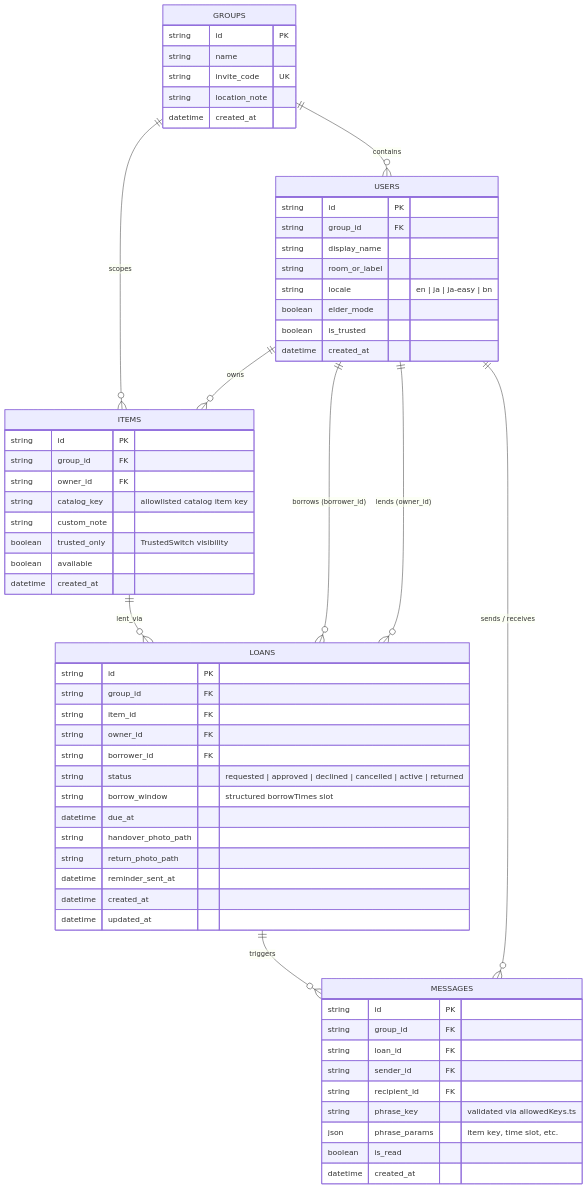
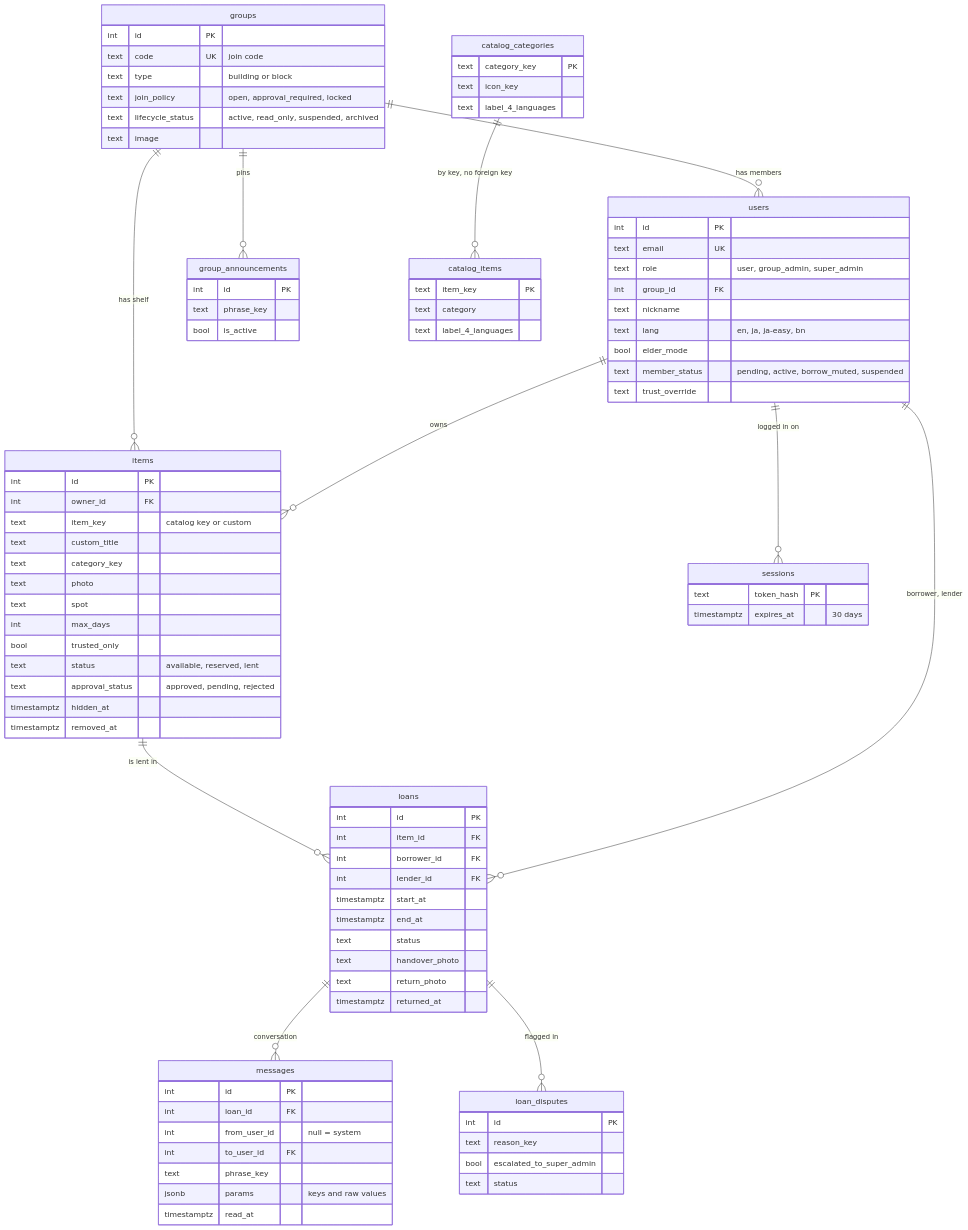
One commit to MdLabib355/otonari changed the fifth of 22 diagrams in System_Design.md. Above: the diagram before and after it, drawn with Mermaid. The commit also changed other lines of this file, not shown here.

````diff
--- a/System_Design.md
+++ b/System_Design.md
@@ -117,69 +116,93 @@
 ```mermaid
 erDiagram
-    GROUPS ||--o{ USERS : "contains"
-    GROUPS ||--o{ ITEMS : "scopes"
-    USERS ||--o{ ITEMS : "owns"
-    ITEMS ||--o{ LOANS : "lent_via"
-    USERS ||--o{ LOANS : "borrows (borrower_id)"
-    USERS ||--o{ LOANS : "lends (owner_id)"
-    LOANS ||--o{ MESSAGES : "triggers"
-    USERS ||--o{ MESSAGES : "sends / receives"
-
-    GROUPS {
-        string id PK
-        string name
-        string invite_code UK
-        string location_note
-        datetime created_at
-    }
-
-    USERS {
-        string id PK
-        string group_id FK
-        string display_name
-        string room_or_label
-        string locale "en | ja | ja-easy | bn"
-        boolean elder_mode
-        boolean is_trusted
-        datetime created_at
-    }
-
-    ITEMS {
-        string id PK
-        string group_id FK
-        string owner_id FK
-        string catalog_key "allowlisted catalog item key"
-        string custom_note
-        boolean trusted_only "TrustedSwitch visibility"
-        boolean available
-        datetime created_at
-    }
-
-    LOANS {
-        string id PK
-        string group_id FK
-        string item_id FK
-        string owner_id FK
-        string borrower_id FK
-        string status "requested | approved | declined | cancelled | active | returned"
-        string borrow_window "structured borrowTimes slot"
-        datetime due_at
-        string handover_photo_path
-        string return_photo_path
-        datetime reminder_sent_at
-        datetime created_at
-        datetime updated_at
-    }
-
-    MESSAGES {
-        string id PK
-        string group_id FK
-        string loan_id FK
-        string sender_id FK
-        string recipient_id FK
-        string phrase_key "validated via allowedKeys.ts"
-        json phrase_params "item key, time slot, etc."
-        boolean is_read
-        datetime created_at
-    }
+  groups ||--o{ users : "has members"
+  groups ||--o{ items : "has shelf"
+  groups ||--o{ group_announcements : "pins"
+  users ||--o{ items : "owns"
+  users ||--o{ sessions : "logged in on"
+  items ||--o{ loans : "is lent in"
+  users ||--o{ loans : "borrower, lender"
+  loans ||--o{ messages : "conversation"
+  loans ||--o{ loan_disputes : "flagged in"
+  catalog_categories ||--o{ catalog_items : "by key, no foreign key"
+  groups {
+    int id PK
+    text code UK "join code"
+    text type "building or block"
+    text join_policy "open, approval_required, locked"
+    text lifecycle_status "active, read_only, suspended, archived"
+    text image
+  }
+  users {
+    int id PK
+    text email UK
+    text role "user, group_admin, super_admin"
+    int group_id FK
+    text nickname
+    text lang "en, ja, ja-easy, bn"
+    bool elder_mode
+    text member_status "pending, active, borrow_muted, suspended"
+    text trust_override
+  }
+  items {
+    int id PK
+    int owner_id FK
+    text item_key "catalog key or custom"
+    text custom_title
+    text category_key
+    text photo
+    text spot
+    int max_days
+    bool trusted_only
+    text status "available, reserved, lent"
+    text approval_status "approved, pending, rejected"
+    timestamptz hidden_at
+    timestamptz removed_at
+  }
+  loans {
+    int id PK
+    int item_id FK
+    int borrower_id FK
+    int lender_id FK
+    timestamptz start_at
+    timestamptz end_at
+    text status
+    text handover_photo
+    text return_photo
+    timestamptz returned_at
+  }
+  messages {
+    int id PK
+    int loan_id FK
+    int from_user_id "null = system"
+    int to_user_id FK
+    text phrase_key
+    jsonb params "keys and raw values"
+    timestamptz read_at
+  }
+  loan_disputes {
+    int id PK
+    text reason_key
+    bool escalated_to_super_admin
+    text status
+  }
+  catalog_items {
+    text item_key PK
+    text category
+    text label_4_languages
+  }
+  catalog_categories {
+    text category_key PK
+    text icon_key
+    text label_4_languages
+  }
+  sessions {
+    text token_hash PK
+    timestamptz expires_at "30 days"
+  }
+  group_announcements {
+    int id PK
+    text phrase_key
+    bool is_active
+  }
 ```
````
